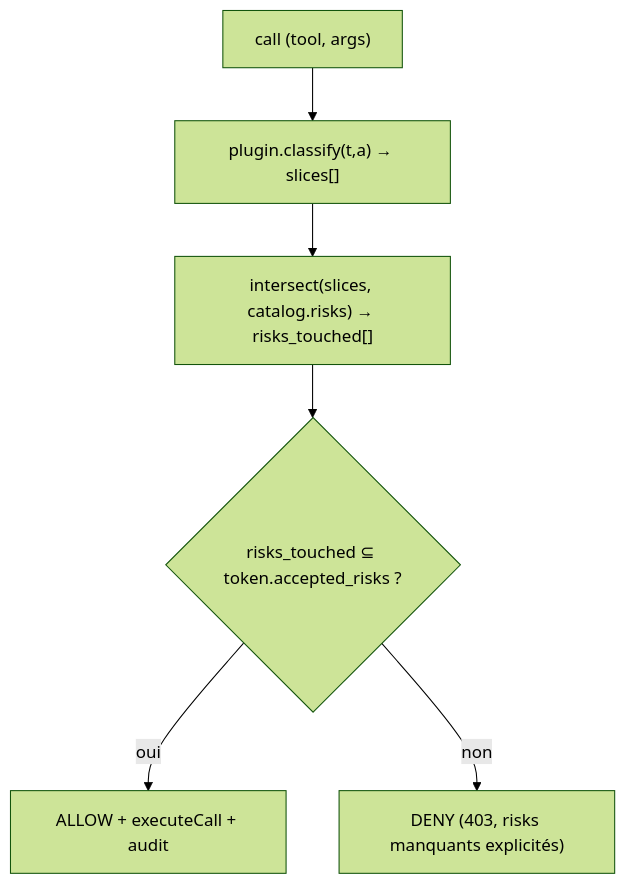
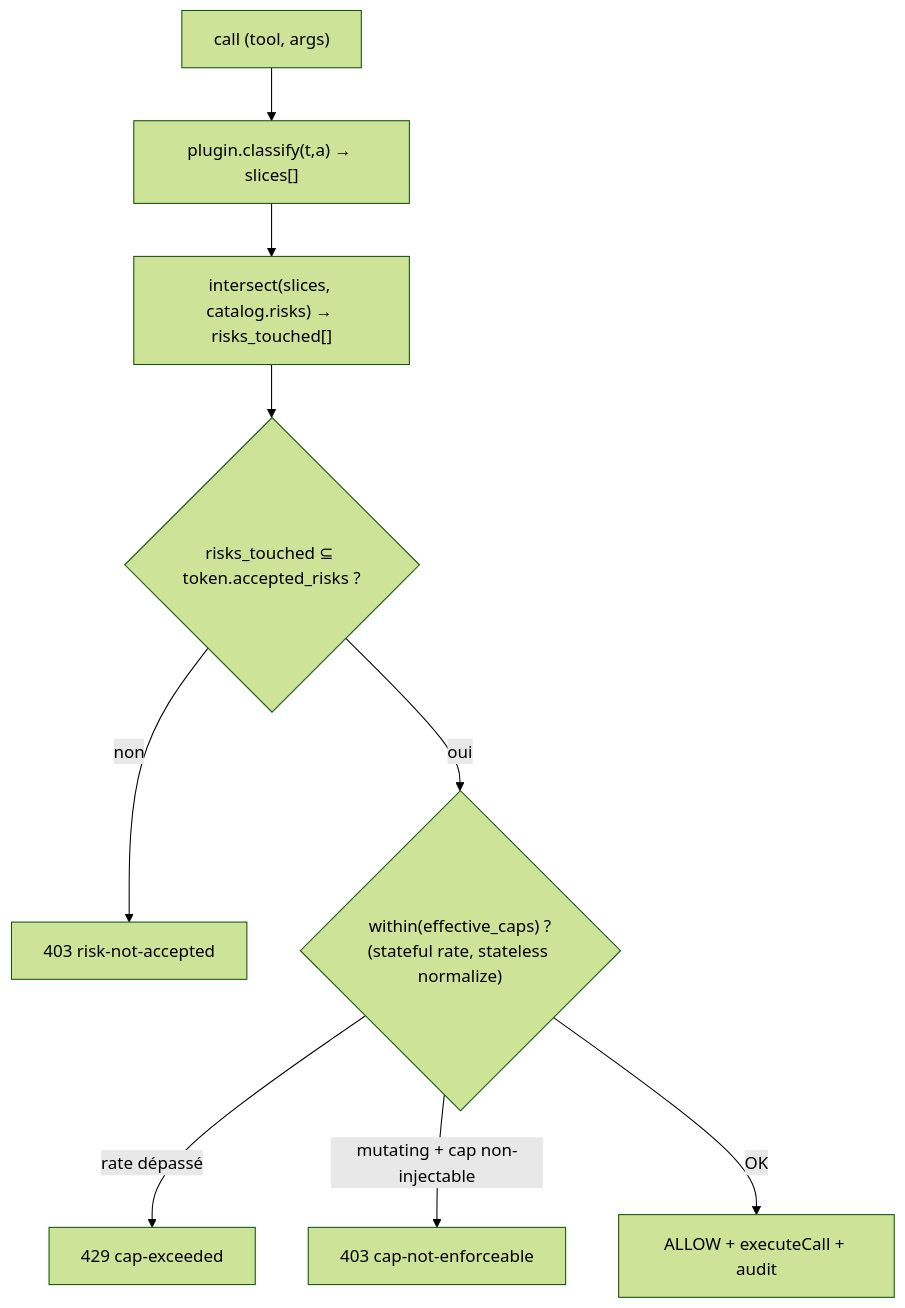
The fourth of 4 diagrams in docs/spec/gateway-risk-model.md (vaubaan/gateway), drawn with Mermaid (forest theme) before and after one commit. The commit also changed other lines of this file and 5 other files, not shown here.

````diff
--- a/docs/spec/gateway-risk-model.md
+++ b/docs/spec/gateway-risk-model.md
@@ -479,8 +562,11 @@
 ```mermaid
 flowchart TD
   call["call (tool, args)"] --> cl["plugin.classify(t,a) → slices[]"]
   cl --> int["intersect(slices, catalog.risks) → risks_touched[]"]
-  int --> cmp{"risks_touched ⊆ token.accepted_risks ?"}
-  cmp -->|"oui"| allow["ALLOW + executeCall + audit"]
-  cmp -->|"non"| deny["DENY (403, risks manquants explicités)"]
+  int --> acc{"risks_touched ⊆ token.accepted_risks ?"}
+  acc -->|"non"| denyR["403 risk-not-accepted"]
+  acc -->|"oui"| caps{"within(effective_caps) ?<br/>(stateful rate, stateless normalize)"}
+  caps -->|"rate dépassé"| denyRate["429 cap-exceeded"]
+  caps -->|"mutating + cap non-injectable"| denyM["403 cap-not-enforceable"]
+  caps -->|"OK"| allow["ALLOW + executeCall + audit"]
 ```
````
